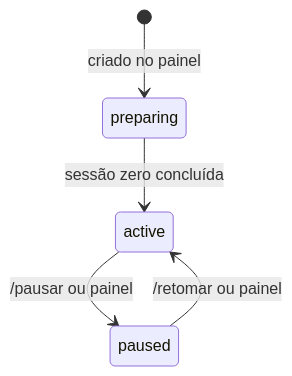
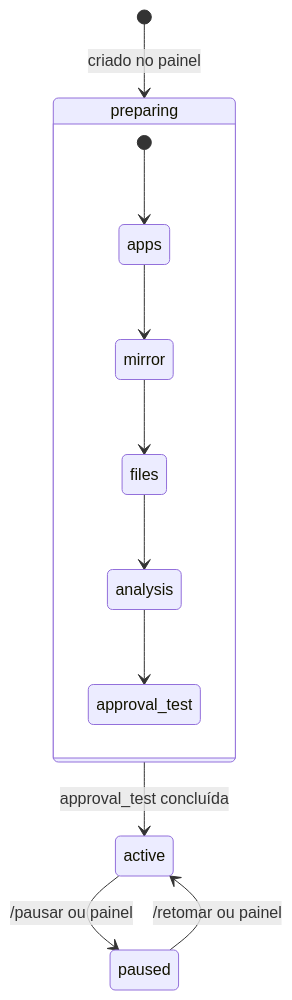
Before and after one commit to lucasndas/mestre: the diagram in docs/orquestracao/workspaces.md, drawn with Mermaid. The commit also changed other lines of this file and 110 other files, not shown here.

````diff
--- a/docs/orquestracao/workspaces.md
+++ b/docs/orquestracao/workspaces.md
@@ -72,7 +76,14 @@
 ```mermaid
 stateDiagram-v2
     [*] --> preparing : criado no painel
-    preparing --> active : sessão zero concluída
+    state preparing {
+        [*] --> apps
+        apps --> mirror
+        mirror --> files
+        files --> analysis
+        analysis --> approval_test
+    }
+    preparing --> active : approval_test concluída
     active --> paused : /pausar ou painel
     paused --> active : /retomar ou painel
 ```
````
